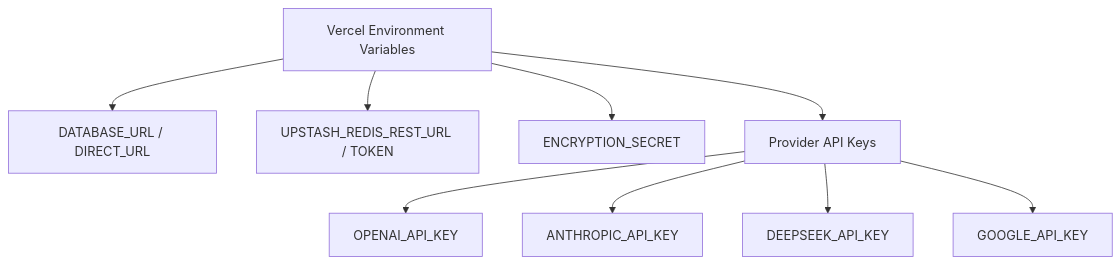
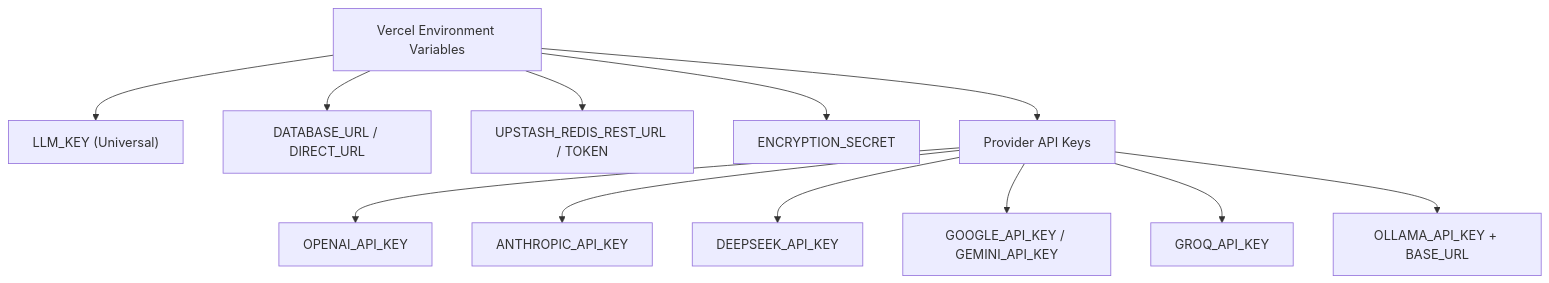
The fifth of 10 diagrams in .qoder/repowiki/en/content/Deployment & Operations/Vercel Deployment.md (shekhargiri005-dotcom/AI-powered-accessibility-first-UI-engine), drawn with Mermaid before and after one commit. The commit also changed other lines of this file and 20 other files, not shown here.

````diff
--- a/.qoder/repowiki/en/content/Deployment & Operations/Vercel Deployment.md
+++ b/.qoder/repowiki/en/content/Deployment & Operations/Vercel Deployment.md
@@ -177,11 +206,14 @@
 ```mermaid
 flowchart TD
-Env["Vercel Environment Variables"] --> DB["DATABASE_URL / DIRECT_URL"]
+Env["Vercel Environment Variables"] --> Universal["LLM_KEY (Universal)"]
+Env --> DB["DATABASE_URL / DIRECT_URL"]
 Env --> Cache["UPSTASH_REDIS_REST_URL / TOKEN"]
 Env --> Crypto["ENCRYPTION_SECRET"]
 Env --> Providers["Provider API Keys"]
 Providers --> OpenAI["OPENAI_API_KEY"]
 Providers --> Anthropic["ANTHROPIC_API_KEY"]
 Providers --> DeepSeek["DEEPSEEK_API_KEY"]
-Providers --> Google["GOOGLE_API_KEY"]
+Providers --> Google["GOOGLE_API_KEY / GEMINI_API_KEY"]
+Providers --> Groq["GROQ_API_KEY"]
+Providers --> Ollama["OLLAMA_API_KEY + BASE_URL"]
 ```
````
